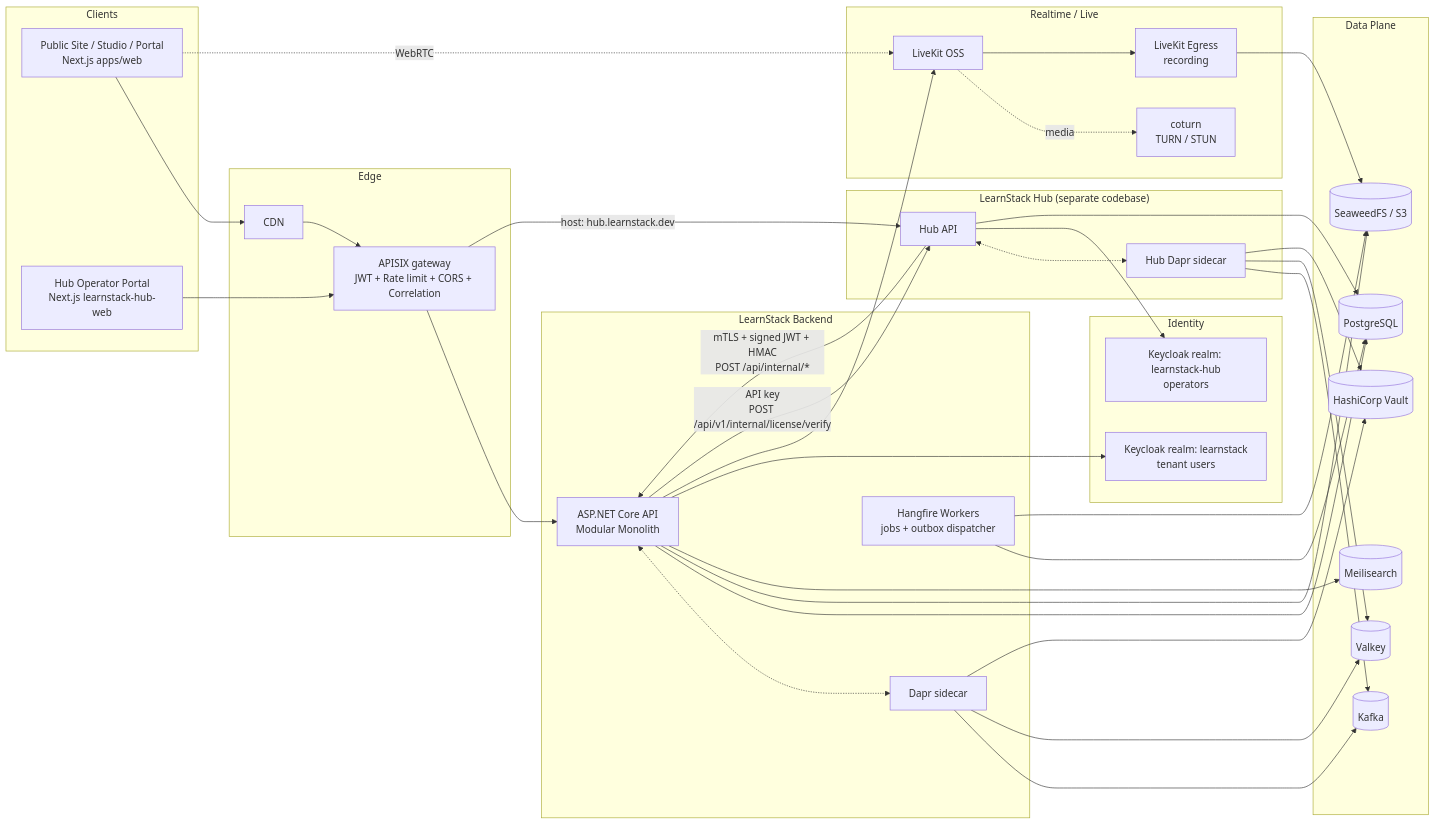
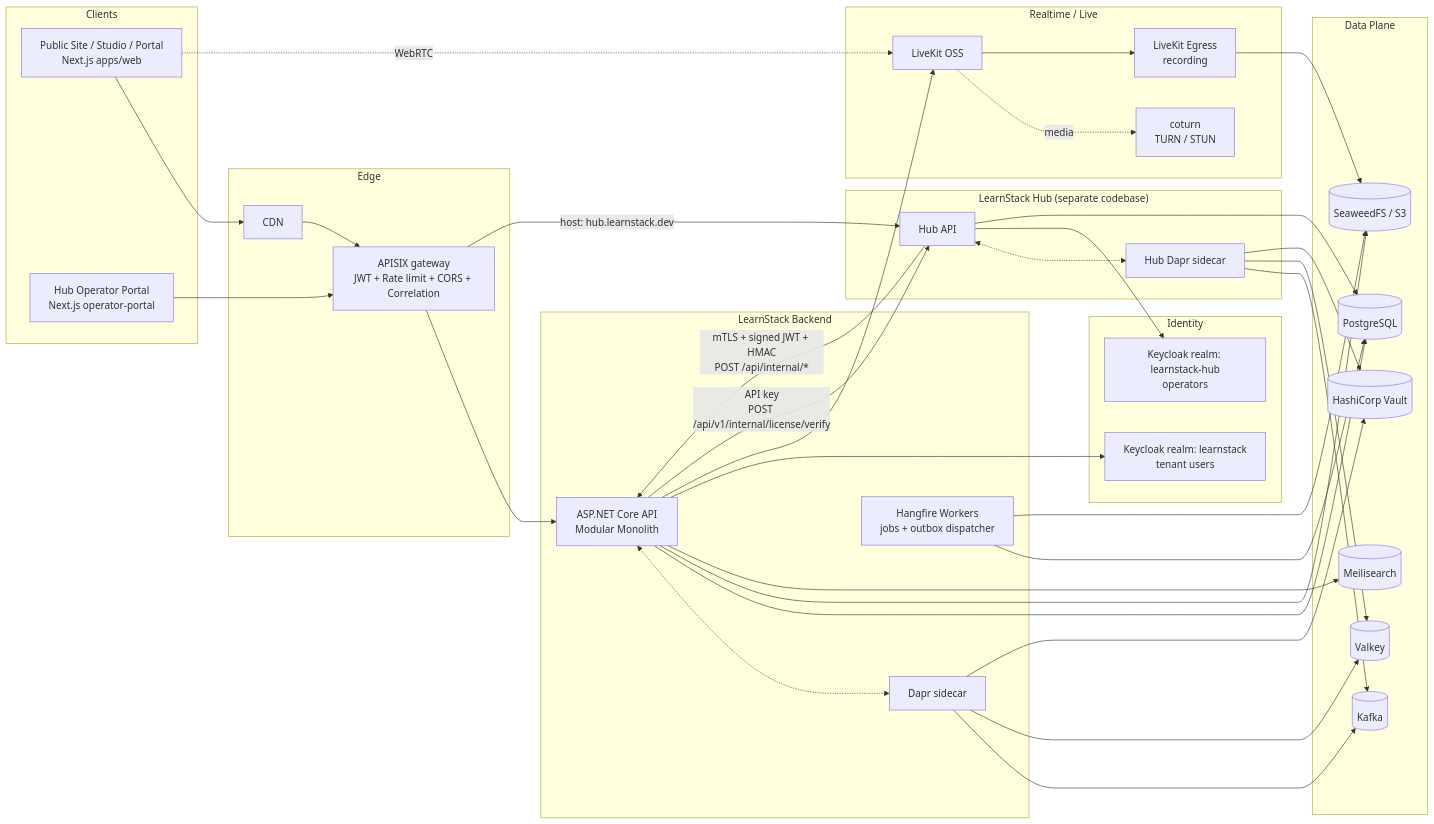
The first of 2 diagrams in docs/architecture/04-technical-architecture.md (HodeTech/LearnStack), drawn with Mermaid before and after one commit. The commit also changed other lines of this file and 16 other files, not shown here.

````diff
--- a/docs/architecture/04-technical-architecture.md
+++ b/docs/architecture/04-technical-architecture.md
@@ -30,74 +30,74 @@
 ```mermaid
 flowchart LR
   subgraph clients["Clients"]
     web[Public Site / Studio / Portal<br/>Next.js apps/web]
-    hubweb[Hub Operator Portal<br/>Next.js learnstack-hub-web]
+    hubweb[Hub Operator Portal<br/>Next.js operator-portal]
   end
 
   subgraph edge["Edge"]
     cdn[CDN]
     apisix[APISIX gateway<br/>JWT + Rate limit + CORS + Correlation]
   end
 
   subgraph backend["LearnStack Backend"]
     api[ASP.NET Core API<br/>Modular Monolith]
     daprd1[Dapr sidecar]
     workers[Hangfire Workers<br/>jobs + outbox dispatcher]
   end
 
   subgraph hubplane["LearnStack Hub (separate codebase)"]
     hubapi[Hub API]
     daprd2[Hub Dapr sidecar]
   end
 
   subgraph data["Data Plane"]
     pg[(PostgreSQL)]
     redis[(Valkey)]
     seaweedfs[(SeaweedFS / S3)]
     meili[(Meilisearch)]
     kafka[(Kafka)]
     vault[(HashiCorp Vault)]
   end
 
   subgraph realtime["Realtime / Live"]
     lk[LiveKit OSS]
     egress[LiveKit Egress<br/>recording]
     turn[coturn<br/>TURN / STUN]
   end
 
   subgraph identity["Identity"]
     kc_main[Keycloak realm: learnstack<br/>tenant users]
     kc_hub[Keycloak realm: learnstack-hub<br/>operators]
   end
 
   web --> cdn --> apisix --> api
   hubweb --> apisix
   apisix -- "host: hub.learnstack.dev" --> hubapi
   web -. WebRTC .-> lk
   lk -. media .-> turn
 
   api <-.-> daprd1
   daprd1 --> kafka
   daprd1 --> redis
   daprd1 --> vault
 
   hubapi <-.-> daprd2
   daprd2 --> kafka
   daprd2 --> redis
   daprd2 --> vault
 
   api --> pg
   api --> seaweedfs
   api --> meili
   api --> kc_main
   api --> lk
   workers --> pg
   workers --> seaweedfs
   egress --> seaweedfs
   lk --> egress
 
   hubapi -- "mTLS + signed JWT + HMAC<br/>POST /api/internal/*" --> api
   api -- "API key<br/>POST /api/v1/internal/license/verify" --> hubapi
   hubapi --> kc_hub
   hubapi --> pg
 ```
````
